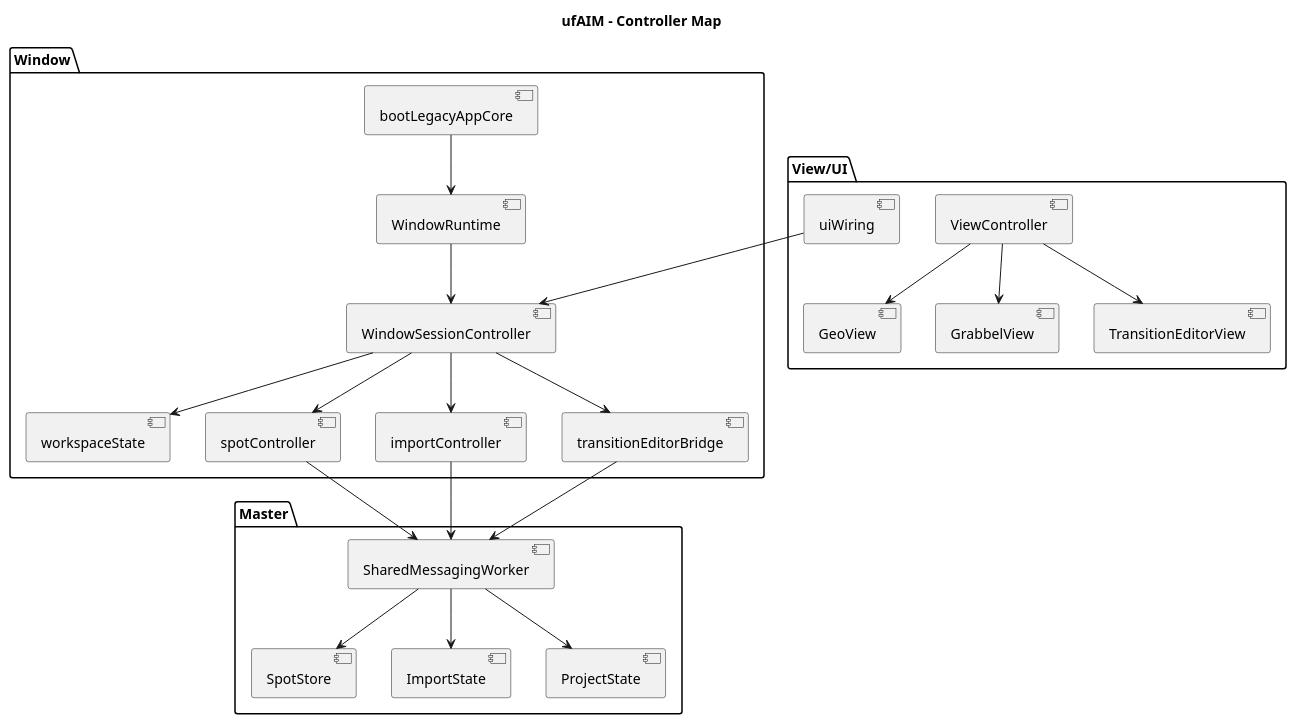
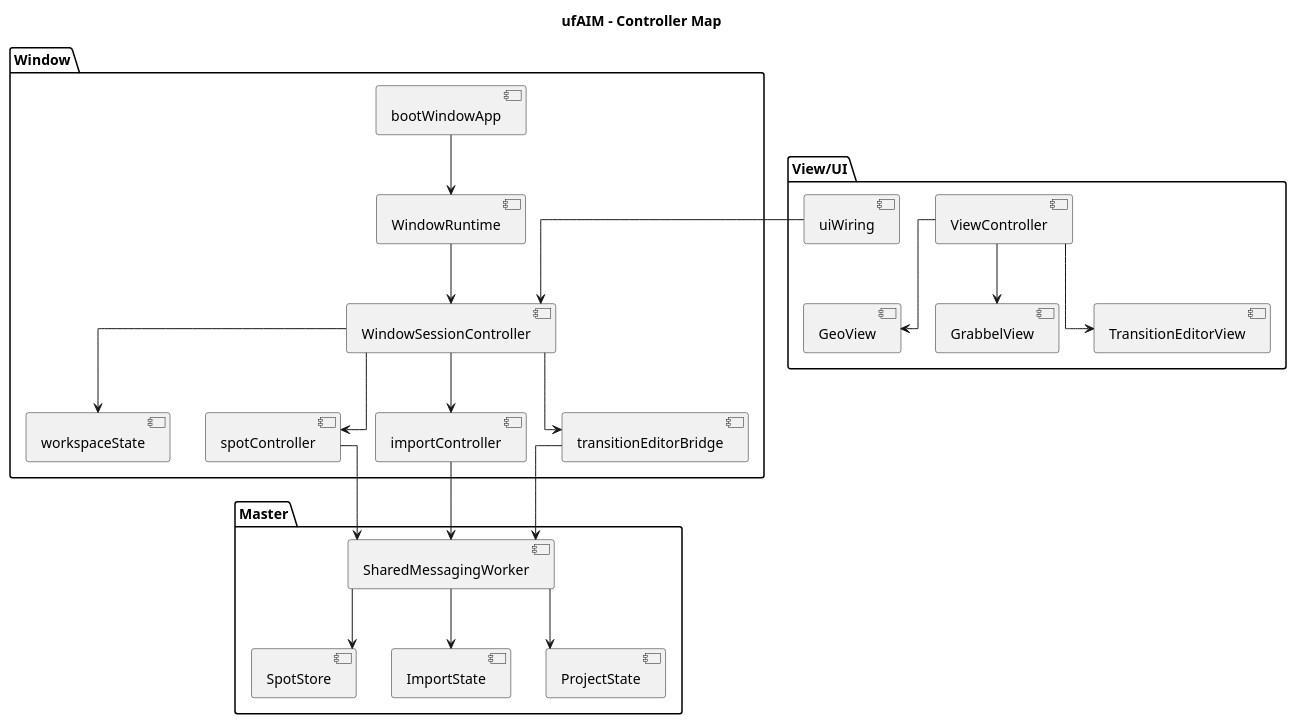
Before and after one commit to uweFalz/ufAIM: the diagram in docs/diagrams/Controller-Map.puml, drawn with PlantUML. The commit also changed 100 other files, not shown here.

```diff
--- a/docs/diagrams/Controller-Map.puml
+++ b/docs/diagrams/Controller-Map.puml
@@ -1,47 +1,50 @@
 @startuml
+
 title ufAIM – Controller Map
+
+skinparam linetype ortho
 
 package "Master" {
   [SharedMessagingWorker]
   [SpotStore]
   [ImportState]
   [ProjectState]
 }
 
 package "Window" {
   [WindowRuntime]
-  [bootLegacyAppCore]
+  [bootWindowApp]
   [WindowSessionController]
   [workspaceState]
   [spotController]
   [importController]
   [transitionEditorBridge]
 }
 
 package "View/UI" {
   [uiWiring]
   [ViewController]
   [GeoView]
   [GrabbelView]
   [TransitionEditorView]
 }
 
 WindowRuntime --> WindowSessionController
-bootLegacyAppCore --> WindowRuntime
+bootWindowApp --> WindowRuntime
 WindowSessionController --> workspaceState
 WindowSessionController --> spotController
 WindowSessionController --> importController
 WindowSessionController --> transitionEditorBridge
 uiWiring --> WindowSessionController
 ViewController --> GeoView
 ViewController --> GrabbelView
 ViewController --> TransitionEditorView
 
 spotController --> SharedMessagingWorker
 importController --> SharedMessagingWorker
 transitionEditorBridge --> SharedMessagingWorker
 
 SharedMessagingWorker --> SpotStore
 SharedMessagingWorker --> ImportState
 SharedMessagingWorker --> ProjectState
 @enduml
```
